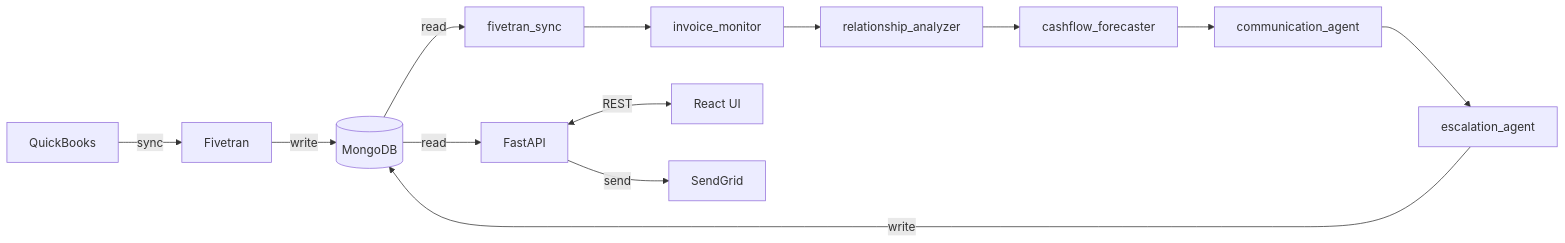
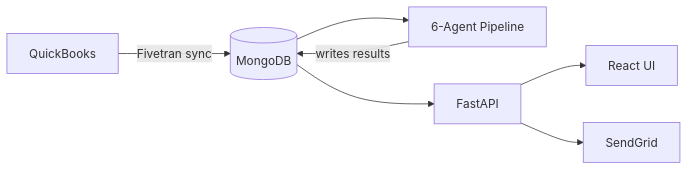
One commit to sivasundharam/cashguard changed the first of 6 diagrams in README.md. Above: the diagram before and after it, drawn with Mermaid. The commit also changed other lines of this file, not shown here.

Commit message:
docs: split architecture into two simple Mermaid diagrams to fix rendering

````diff
--- a/README.md
+++ b/README.md
@@ -17,16 +19,9 @@
 ```mermaid
 flowchart LR
-    QBO["QuickBooks"] -->|sync| FT["Fivetran"] -->|write| DB[("MongoDB")]
-
-    DB -->|read| N1["fivetran_sync"]
-    N1 --> N2["invoice_monitor"]
-    N2 --> N3["relationship_analyzer"]
-    N3 --> N4["cashflow_forecaster"]
-    N4 --> N5["communication_agent"]
-    N5 --> N6["escalation_agent"]
-    N6 -->|write| DB
-
-    DB -->|read| API["FastAPI"]
-    API <-->|REST| UI["React UI"]
-    API -->|send| SG["SendGrid"]
+    A["QuickBooks"] -->|Fivetran sync| B[("MongoDB")]
+    B --> C["6-Agent Pipeline"]
+    C -->|writes results| B
+    B --> D["FastAPI"]
+    D --> E["React UI"]
+    D --> F["SendGrid"]
 ```
````
